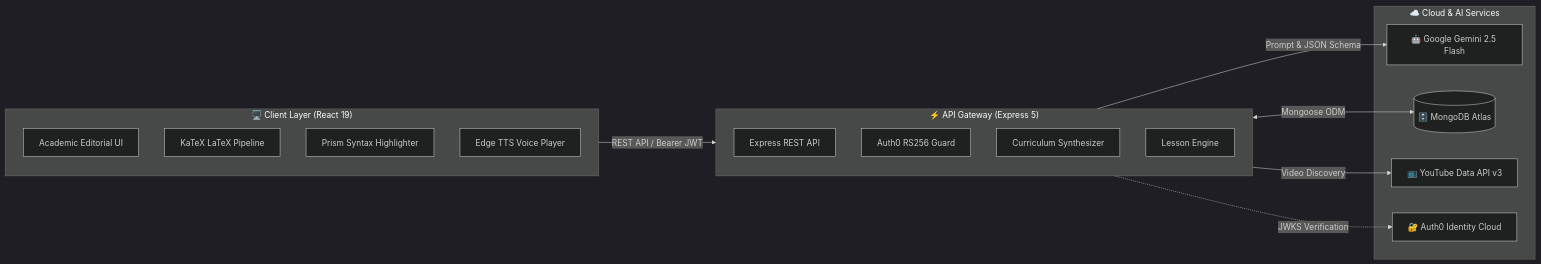
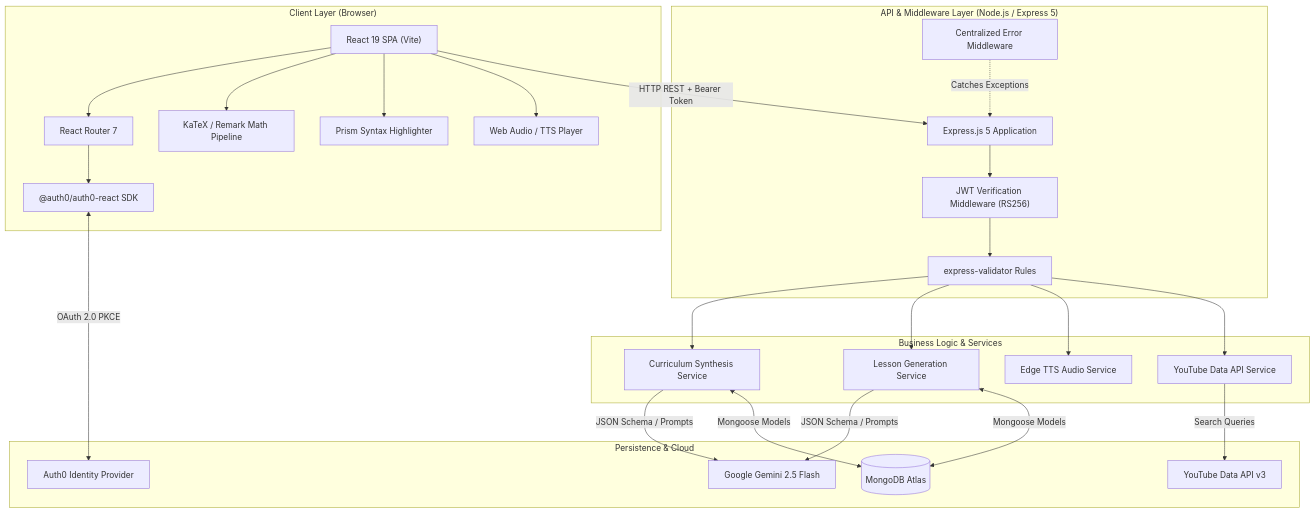
One commit to someshsinha/Socratic-AI changed the first of 5 diagrams in docs/ARCHITECTURE.md. Above: the diagram before and after it, drawn with Mermaid. The commit also changed 1 other file, not shown here.

Commit message:
readme updates

````diff
--- a/docs/ARCHITECTURE.md
+++ b/docs/ARCHITECTURE.md
@@ -11,30 +11,46 @@
 ```mermaid
-%%{init: {'theme': 'dark'}}%%
-flowchart LR
-    subgraph Client ["🖥️ Client Layer (React 19)"]
-        A["Academic Editorial UI"]
-        B["KaTeX LaTeX Pipeline"]
-        C["Prism Syntax Highlighter"]
-        D["Edge TTS Voice Player"]
+graph TB
+    subgraph ClientLayer ["Client Layer (Browser)"]
+        ReactApp["React 19 SPA (Vite)"]
+        Router["React Router 7"]
+        KaTeX["KaTeX / Remark Math Pipeline"]
+        CodeHighlighter["Prism Syntax Highlighter"]
+        AudioEngine["Web Audio / TTS Player"]
+        Auth0SDK["@auth0/auth0-react SDK"]
     end
 
-    subgraph API ["⚡ API Gateway (Express 5)"]
-        E["Express REST API"]
-        F["Auth0 RS256 Guard"]
-        G["Curriculum Synthesizer"]
-        H["Lesson Engine"]
+    subgraph APILayer ["API & Middleware Layer (Node.js / Express 5)"]
+        ExpressApp["Express.js 5 Application"]
+        AuthGuard["JWT Verification Middleware (RS256)"]
+        Validator["express-validator Rules"]
+        ErrorHandler["Centralized Error Middleware"]
     end
 
-    subgraph Cloud ["☁️ Cloud & AI Services"]
-        I["🤖 Google Gemini 2.5 Flash"]
-        J[("🗄️ MongoDB Atlas")]
-        K["📺 YouTube Data API v3"]
-        L["🔐 Auth0 Identity Cloud"]
+    subgraph ServiceLayer ["Business Logic & Services"]
+        CourseService["Curriculum Synthesis Service"]
+        LessonService["Lesson Generation Service"]
+        TTSService["Edge TTS Audio Service"]
+        YouTubeService["YouTube Data API Service"]
     end
 
-    Client -->|REST API / Bearer JWT| API
-    API -->|Prompt & JSON Schema| I
-    API <-->|Mongoose ODM| J
-    API -->|Video Discovery| K
-    API -.->|JWKS Verification| L
+    subgraph StorageLayer ["Persistence & Cloud"]
+        MongoDB[(MongoDB Atlas)]
+        Auth0Cloud["Auth0 Identity Provider"]
+        GeminiAPI["Google Gemini 2.5 Flash"]
+        YouTubeAPI["YouTube Data API v3"]
+    end
+
+    ReactApp --> Router
+    Router --> Auth0SDK
+    Auth0SDK <-->|OAuth 2.0 PKCE| Auth0Cloud
+    ReactApp --> KaTeX & CodeHighlighter & AudioEngine
+
+    ReactApp -->|HTTP REST + Bearer Token| ExpressApp
+    ExpressApp --> AuthGuard --> Validator
+    Validator --> CourseService & LessonService & TTSService & YouTubeService
+    ErrorHandler -.->|Catches Exceptions| ExpressApp
+
+    CourseService & LessonService -->|JSON Schema / Prompts| GeminiAPI
+    YouTubeService -->|Search Queries| YouTubeAPI
+    CourseService & LessonService <-->|Mongoose Models| MongoDB
 ```
````
